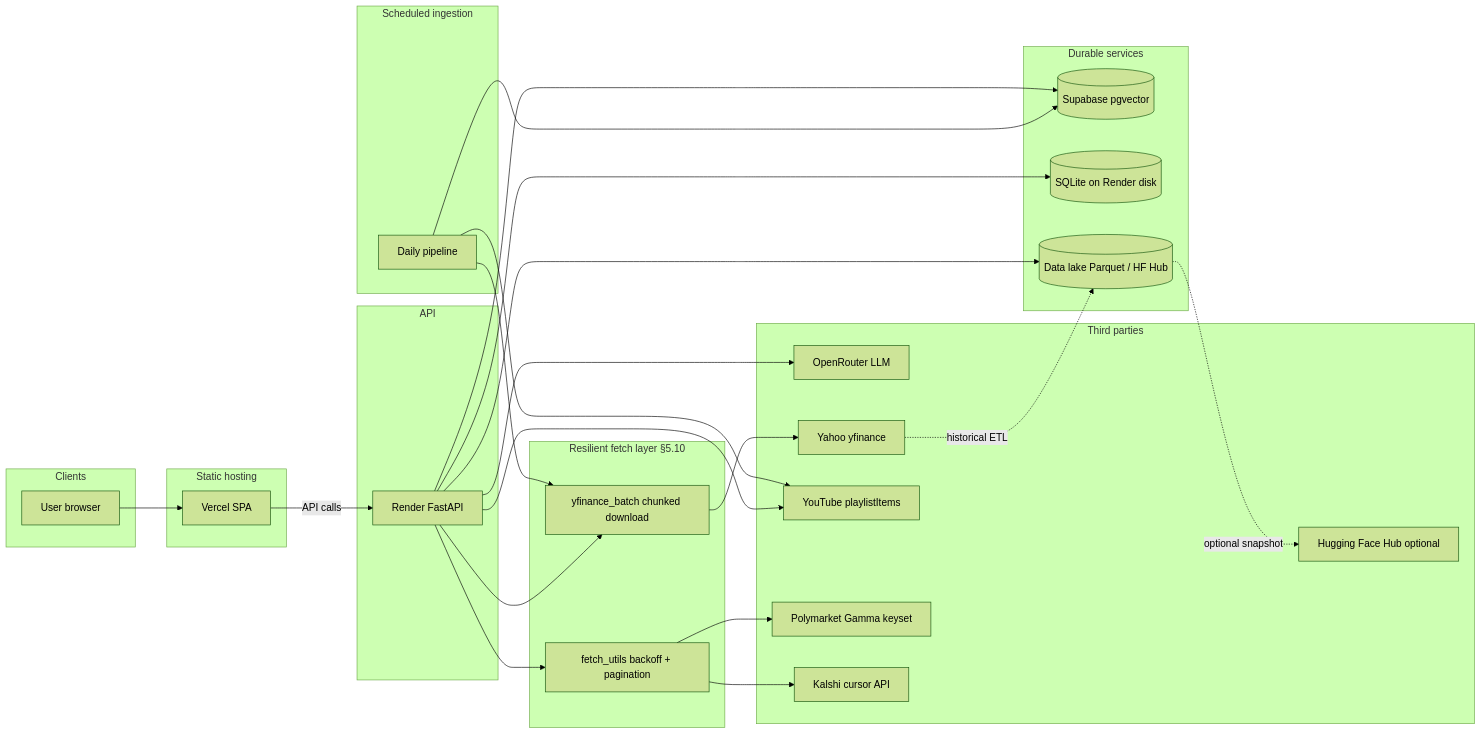
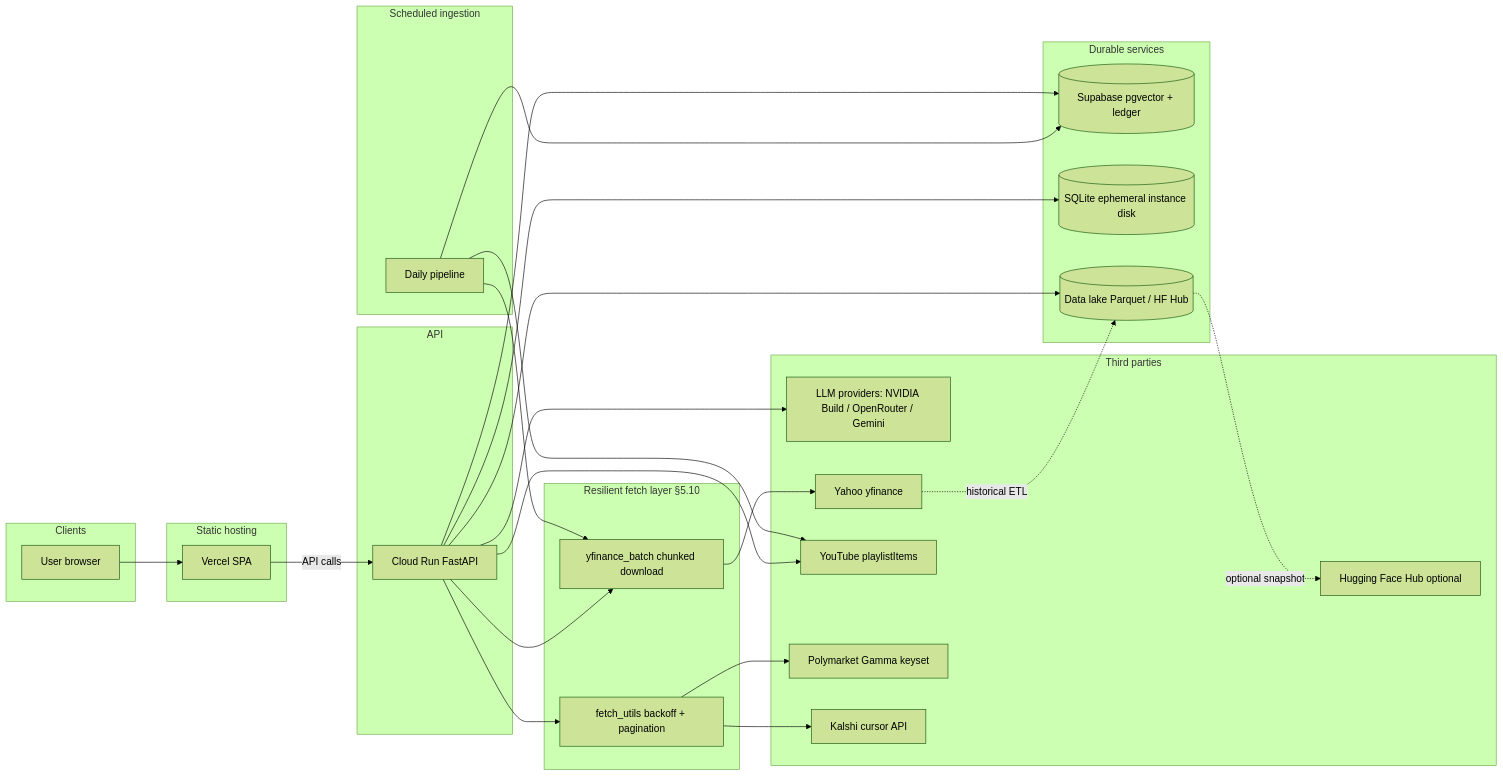
Before and after one commit to manojsilwal/tradetalkapp: the second of 3 diagrams in docs/ARCHITECTURE.md, drawn with Mermaid (forest theme). The commit also changed other lines of this file and 3 other files, not shown here.

````diff
--- a/docs/ARCHITECTURE.md
+++ b/docs/ARCHITECTURE.md
@@ -370,49 +397,49 @@
 ```mermaid
 flowchart LR
   subgraph clients [Clients]
     U[User browser]
   end
   subgraph cdn [Static hosting]
     V[Vercel SPA]
   end
   subgraph api [API]
-    R[Render FastAPI]
+    R[Cloud Run FastAPI]
   end
   subgraph stores [Durable services]
-    SB[(Supabase pgvector)]
-    SQL[(SQLite on Render disk)]
+    SB[(Supabase pgvector + ledger)]
+    SQL[(SQLite ephemeral instance disk)]
     DL[(Data lake Parquet / HF Hub)]
   end
   subgraph ingest [Scheduled ingestion]
     DP[Daily pipeline]
   end
   subgraph fetch [Resilient fetch layer §5.10]
     YB[yfinance_batch chunked download]
     FU[fetch_utils backoff + pagination]
   end
   subgraph vendors [Third parties]
-    OR[OpenRouter LLM]
+    OR[LLM providers: NVIDIA Build / OpenRouter / Gemini]
     YF[Yahoo yfinance]
     YT[YouTube playlistItems]
     PM[Polymarket Gamma keyset]
     KA[Kalshi cursor API]
     HF[Hugging Face Hub optional]
   end
   U --> V
   V -->|API calls| R
   R --> OR
   R --> YB
   YB --> YF
   R --> FU
   FU --> PM
   FU --> KA
   R --> YT
   DP --> YB
   DP --> YT
   DP --> SB
   R --> SB
   R --> SQL
   R --> DL
   DL -.->|optional snapshot| HF
   YF -.->|historical ETL| DL
 ```
````
